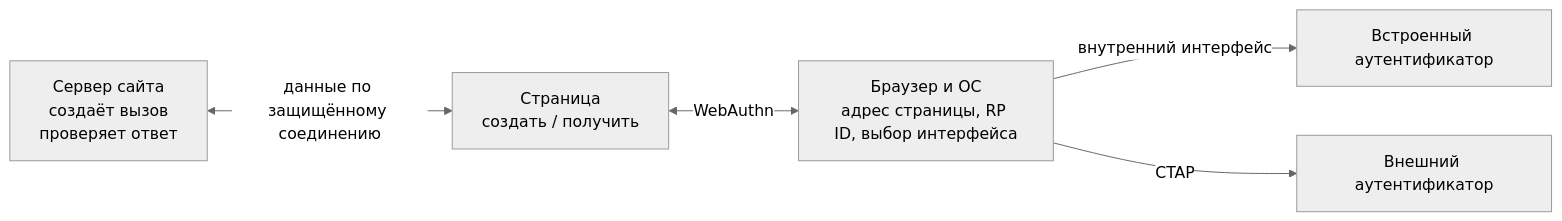
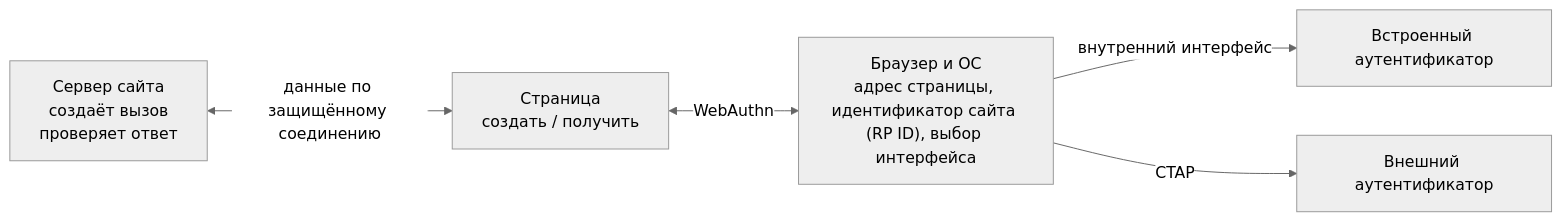
The first of 3 diagrams in FIDO/webauthn.md (zapret-discordyoutube/todo), drawn with Mermaid (neutral theme) before and after one commit. The commit also changed other lines of this file and 8 other files, not shown here.

````diff
--- a/FIDO/webauthn.md
+++ b/FIDO/webauthn.md
@@ -86,7 +37,7 @@
 ```mermaid
 flowchart LR
     RP["Сервер сайта<br>создаёт вызов<br>проверяет ответ"] <-->|"данные по защищённому соединению"| JS["Страница<br>создать / получить"]
-    JS <-->|"WebAuthn"| Client["Браузер и ОС<br>адрес страницы, RP ID, выбор интерфейса"]
+    JS <-->|"WebAuthn"| Client["Браузер и ОС<br>адрес страницы, идентификатор сайта (RP ID), выбор интерфейса"]
     Client -->|"внутренний интерфейс"| PA["Встроенный аутентификатор"]
     Client -->|"CTAP"| RA["Внешний аутентификатор"]
 ```
````
